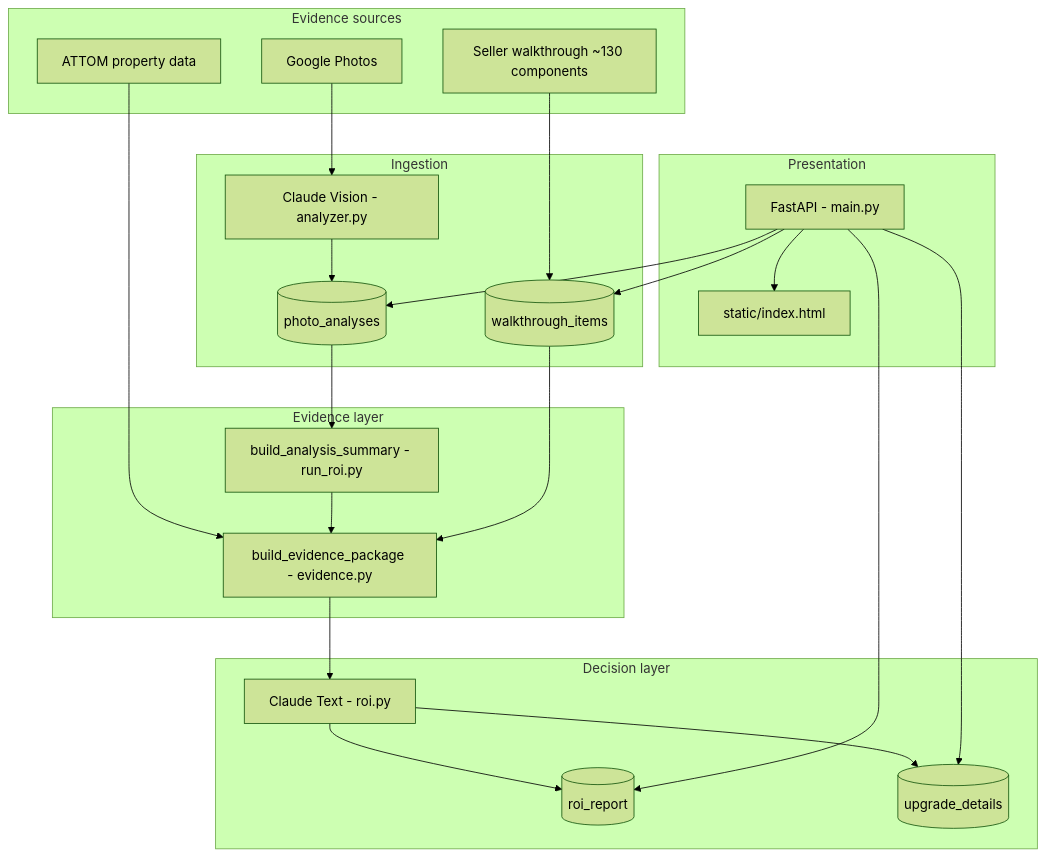
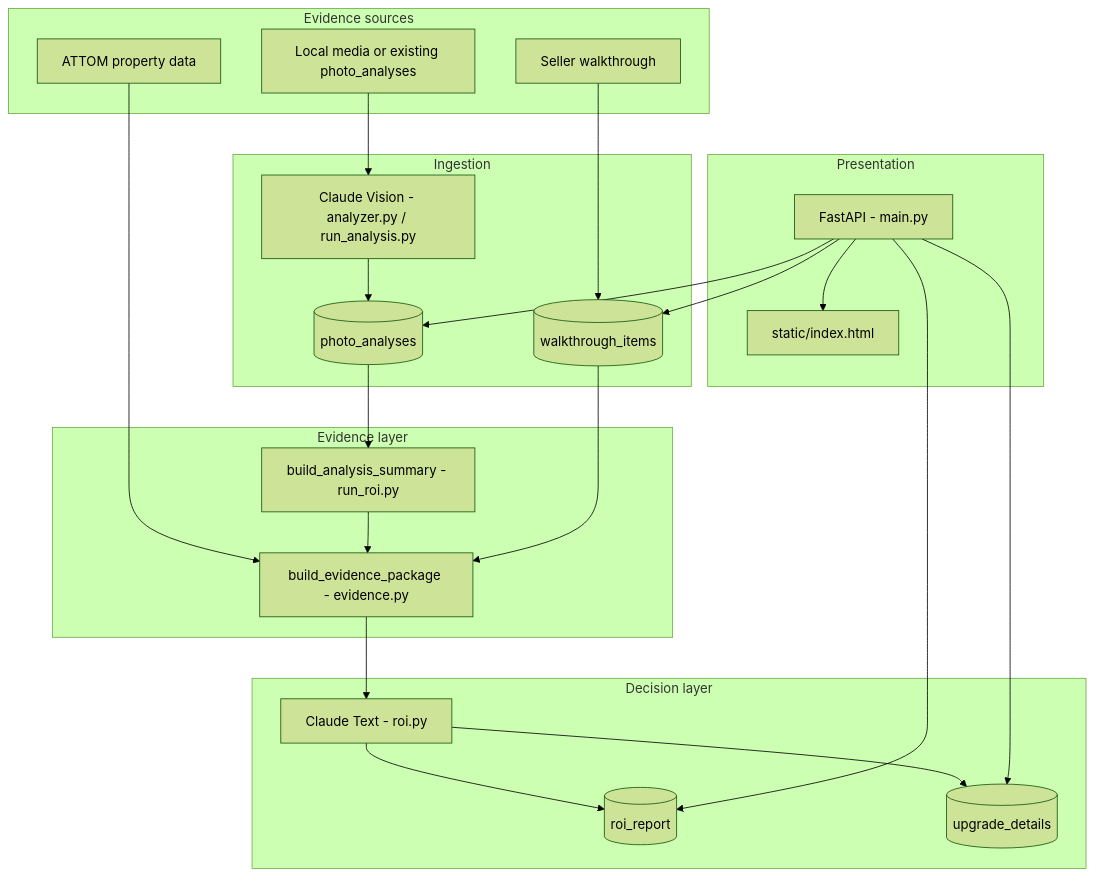
The diagram in docs/architecture.md (kireland3517/simpsonville-analyzer), drawn with Mermaid (forest theme) before and after one commit. The commit also changed other lines of this file and 14 other files, not shown here.

Commit message:
Remove Google import flow and add ROI market contract

````diff
--- a/docs/architecture.md
+++ b/docs/architecture.md
@@ -21,43 +14,43 @@
 ```mermaid
 flowchart TB
-    subgraph sources [Evidence sources]
-        photos[Google Photos]
-        walkthrough[Seller walkthrough ~130 components]
-        attom[ATTOM property data]
+    subgraph sources ["Evidence sources"]
+        media["Local media or existing photo_analyses"]
+        walkthrough["Seller walkthrough"]
+        attom["ATTOM property data"]
     end
 
-    subgraph ingest [Ingestion]
-        vision[Claude Vision - analyzer.py]
-        photoDB[(photo_analyses)]
-        wtDB[(walkthrough_items)]
+    subgraph ingest ["Ingestion"]
+        vision["Claude Vision - analyzer.py / run_analysis.py"]
+        photoDB[("photo_analyses")]
+        wtDB[("walkthrough_items")]
     end
 
-    subgraph merge [Evidence layer]
-        summary[build_analysis_summary - run_roi.py]
-        package[build_evidence_package - evidence.py]
+    subgraph merge ["Evidence layer"]
+        summary["build_analysis_summary - run_roi.py"]
+        package["build_evidence_package - evidence.py"]
     end
 
-    subgraph decision [Decision layer]
-        roi[Claude Text - roi.py]
-        reportDB[(roi_report)]
-        detailsDB[(upgrade_details)]
+    subgraph decision ["Decision layer"]
+        roi["Claude Text - roi.py"]
+        reportDB[("roi_report")]
+        detailsDB[("upgrade_details")]
     end
 
-    subgraph ui [Presentation]
-        spa[static/index.html]
-        api[FastAPI - main.py]
+    subgraph ui ["Presentation"]
+        spa["static/index.html"]
+        api["FastAPI - main.py"]
     end
 
-    photos --> vision --> photoDB
+    media --> vision --> photoDB
     walkthrough --> wtDB
     attom --> package
     photoDB --> summary --> package
     wtDB --> package
     package --> roi --> reportDB
     roi --> detailsDB
     api --> spa
     api --> photoDB
     api --> wtDB
     api --> reportDB
     api --> detailsDB
 ```
````
